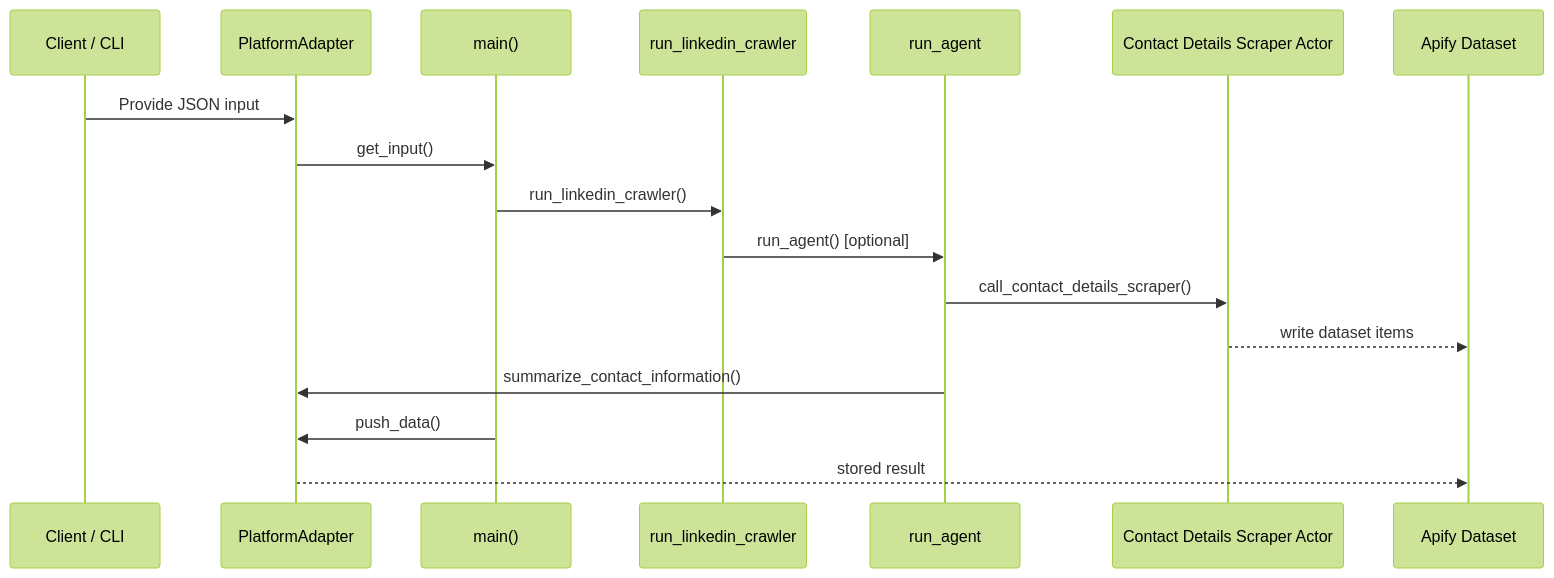
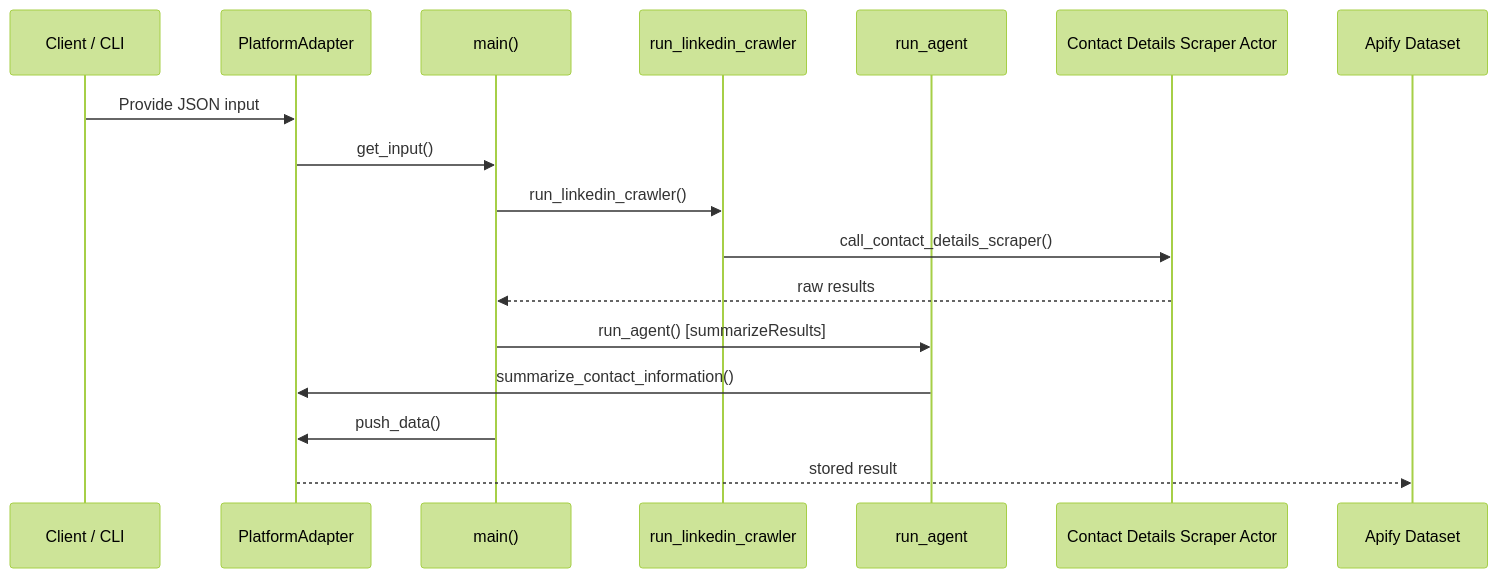
One commit to Jensinjames/linkedin-agent changed the diagram in docs/REQUEST_FLOW.md. Above: the diagram before and after it, drawn with Mermaid (forest theme). The commit also changed other lines of this file and 6 other files, not shown here.

````diff
--- a/docs/REQUEST_FLOW.md
+++ b/docs/REQUEST_FLOW.md
@@ -17,20 +18,20 @@
 ```mermaid
 sequenceDiagram
     participant C as Client / CLI
     participant A as PlatformAdapter
     participant M as main()
     participant R as run_linkedin_crawler
     participant AG as run_agent
     participant S as Contact Details Scraper Actor
     participant D as Apify Dataset
 
     C->>A: Provide JSON input
     A->>M: get_input()
     M->>R: run_linkedin_crawler()
-    R->>AG: run_agent() [optional]
-    AG->>S: call_contact_details_scraper()
-    S-->>D: write dataset items
+    R->>S: call_contact_details_scraper()
+    S-->>M: raw results
+    M->>AG: run_agent() [summarizeResults]
     AG->>A: summarize_contact_information()
     M->>A: push_data()
     A-->>D: stored result
 ```
````
